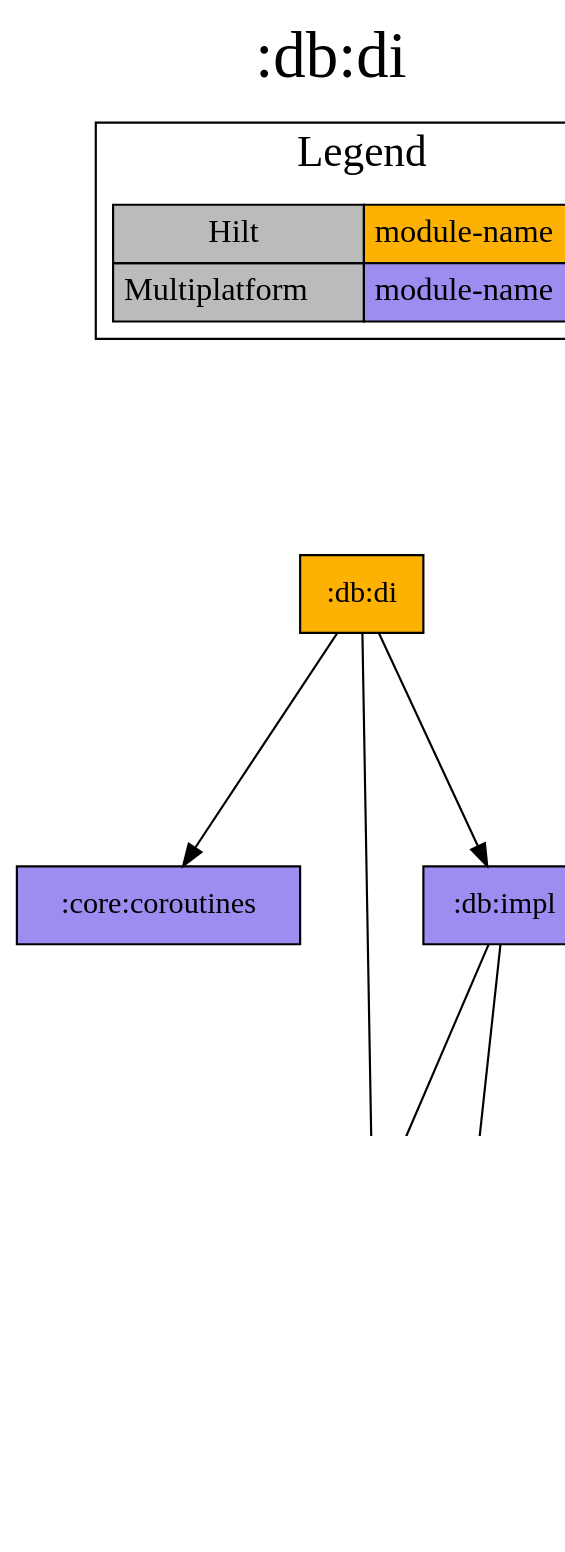
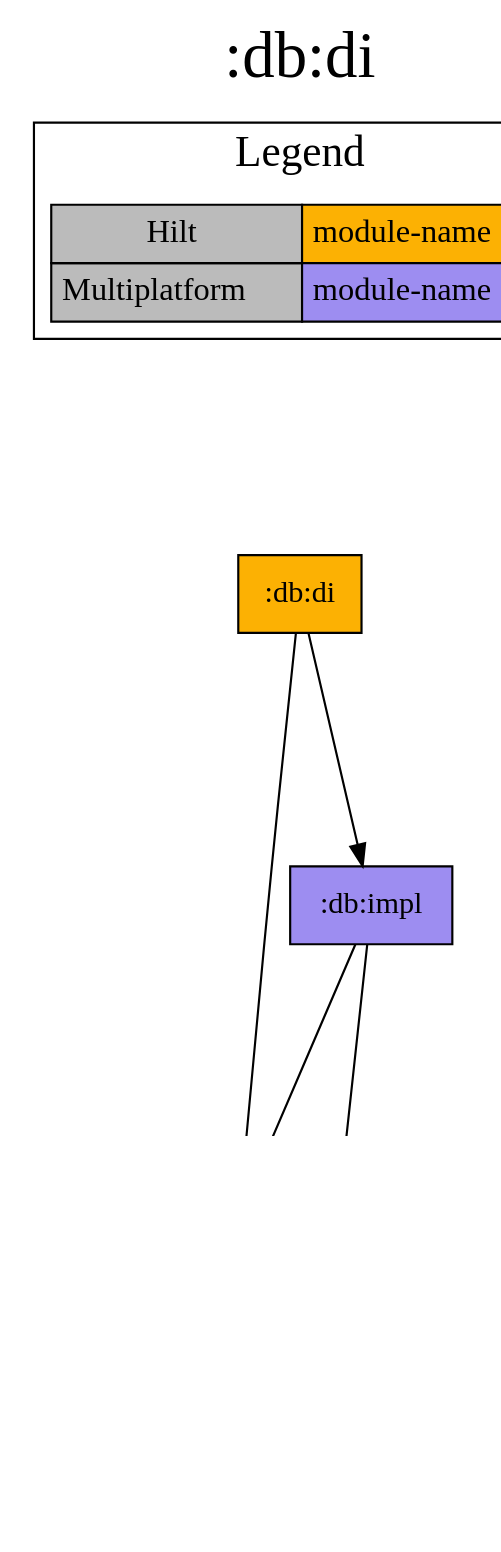
One commit to jonapoul/aktual changed the diagram in modules/db/di/project-dependency-graph.dot. Above: the diagram before and after it, drawn with Graphviz. The commit also changed 116 other files, not shown here.

```diff
--- a/modules/db/di/project-dependency-graph.dot
+++ b/modules/db/di/project-dependency-graph.dot
@@ -1,31 +1,29 @@
 digraph {
 edge ["dir"="forward"]
 graph ["dpi"="100","label"=":db:di","labelloc"="t","fontsize"="30","ranksep"="1.5","rankdir"="TB"]
 node ["style"="filled"]
 ":budget:model" ["fillcolor"="#9D8DF1","shape"="box"]
-":core:coroutines" ["fillcolor"="#9D8DF1","shape"="box"]
 ":db:api" ["fillcolor"="#9D8DF1","shape"="box"]
 ":db:di" ["shape"="box","fillcolor"="#FCB103"]
 ":db:impl" ["fillcolor"="#9D8DF1","shape"="box"]
 {
 edge ["dir"="none"]
 graph ["rank"="same"]
 ":db:di"
 }
 ":db:api" -> ":budget:model"
-":db:di" -> ":core:coroutines"
 ":db:di" -> ":db:api"
 ":db:di" -> ":db:impl"
 ":db:impl" -> ":budget:model"
 ":db:impl" -> ":db:api"
 subgraph "cluster_legend" {
 edge ["dir"="none"]
 graph ["label"="Legend","fontsize"="20"]
 "Legend" ["style"="filled","fillcolor"="#bbbbbb","shape"="none","margin"="0","fontsize"="15","label"=<
 <TABLE BORDER="0" CELLBORDER="1" CELLSPACING="0" CELLPADDING="4">
 <TR><TD>Hilt</TD><TD BGCOLOR="#FCB103">module-name</TD></TR>
 <TR><TD>Multiplatform</TD><TD BGCOLOR="#9D8DF1">module-name</TD></TR>
 </TABLE>
 >]
 } -> ":db:di" ["style"="invis"]
 }
```
